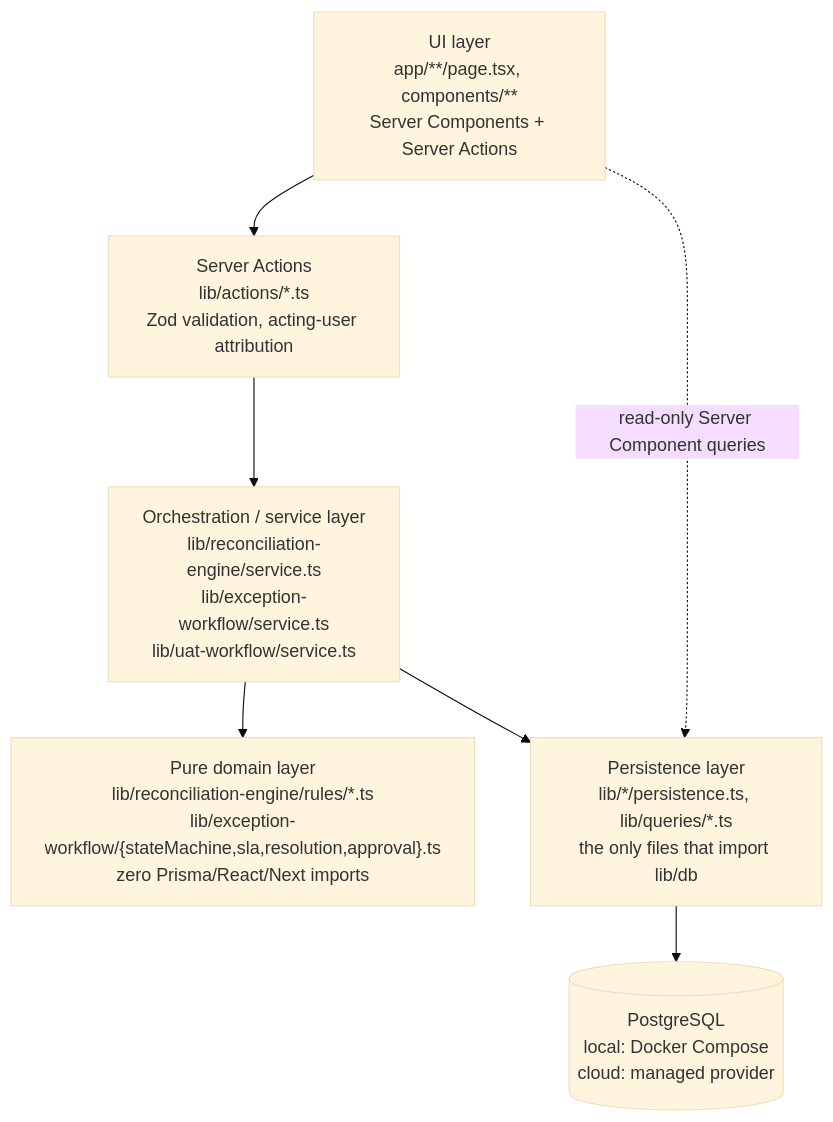
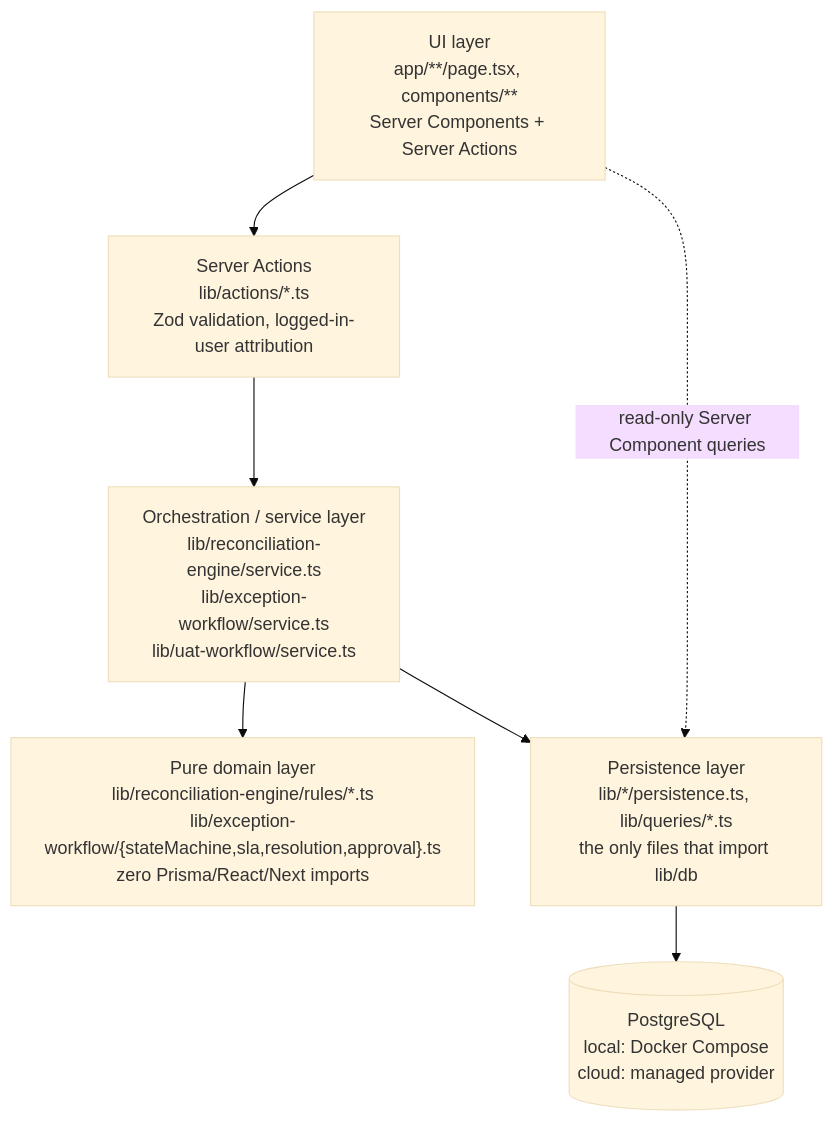
The diagram in docs/ARCHITECTURE.md (DataByRajesh/payguard-ie), drawn with Mermaid (base theme) before and after one commit. The commit also changed other lines of this file and 45 other files, not shown here.

````diff
--- a/docs/ARCHITECTURE.md
+++ b/docs/ARCHITECTURE.md
@@ -9,16 +9,16 @@
 ```mermaid
 flowchart TD
     UI["UI layer<br/>app/**/page.tsx, components/**<br/>Server Components + Server Actions"]
-    Actions["Server Actions<br/>lib/actions/*.ts<br/>Zod validation, acting-user attribution"]
+    Actions["Server Actions<br/>lib/actions/*.ts<br/>Zod validation, logged-in-user attribution"]
     Service["Orchestration / service layer<br/>lib/reconciliation-engine/service.ts<br/>lib/exception-workflow/service.ts<br/>lib/uat-workflow/service.ts"]
     Domain["Pure domain layer<br/>lib/reconciliation-engine/rules/*.ts<br/>lib/exception-workflow/{stateMachine,sla,resolution,approval}.ts<br/>zero Prisma/React/Next imports"]
     Persistence["Persistence layer<br/>lib/*/persistence.ts, lib/queries/*.ts<br/>the only files that import lib/db"]
     DB[("PostgreSQL<br/>local: Docker Compose<br/>cloud: managed provider")]
 
     UI --> Actions
     Actions --> Service
     Service --> Domain
     Service --> Persistence
     Persistence --> DB
     UI -. "read-only Server Component queries" .-> Persistence
 ```
````
